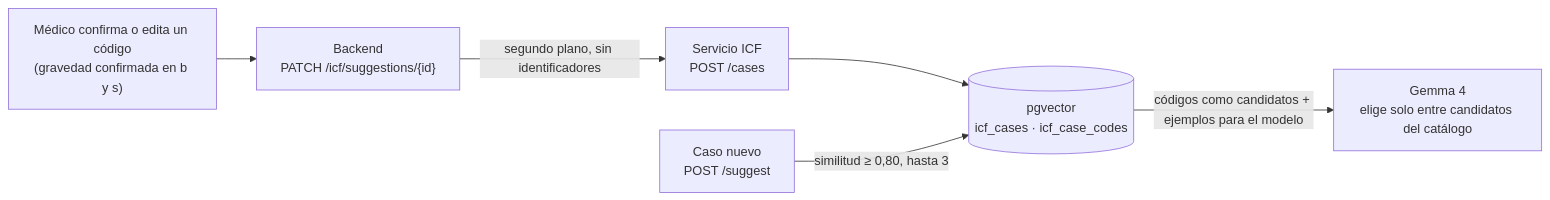
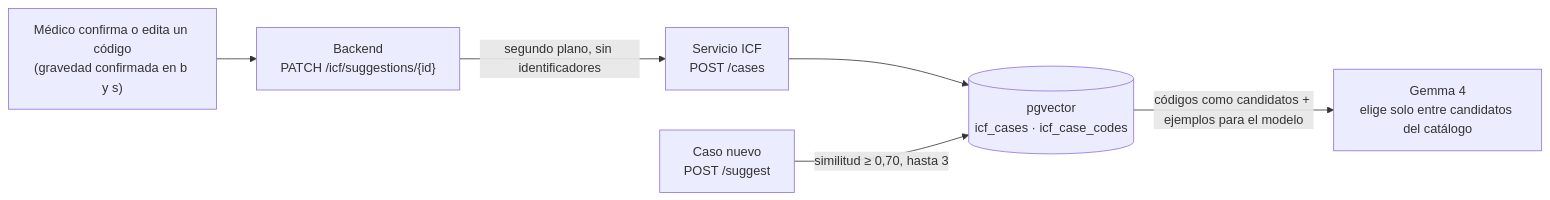
The fourth of 4 diagrams in docs/diagrams/rag-icf-postgresql.md (jaquimbayoc7/health-access-bridge), drawn with Mermaid before and after one commit. The commit also changed 25 other files, not shown here.

First line of the commit message:
feat(hu-07j): casos validados por la profesional en la memoria, evaluacion dejando un caso fuera, umbral 0,70 y diagramas de Archify regenerados

````diff
--- a/docs/diagrams/rag-icf-postgresql.md
+++ b/docs/diagrams/rag-icf-postgresql.md
@@ -400,8 +400,8 @@
 ```mermaid
 flowchart LR
     MED["Médico confirma o edita un código<br/>(gravedad confirmada en b y s)"] --> BE["Backend<br/>PATCH /icf/suggestions/{id}"]
     BE -->|"segundo plano, sin identificadores"| CASES["Servicio ICF<br/>POST /cases"]
     CASES --> VEC[("pgvector<br/>icf_cases · icf_case_codes")]
-    NEW["Caso nuevo<br/>POST /suggest"] -->|"similitud ≥ 0,80, hasta 3"| VEC
+    NEW["Caso nuevo<br/>POST /suggest"] -->|"similitud ≥ 0,70, hasta 3"| VEC
     VEC -->|"códigos como candidatos + ejemplos para el modelo"| LLM["Gemma 4<br/>elige solo entre candidatos del catálogo"]
 ```
````
